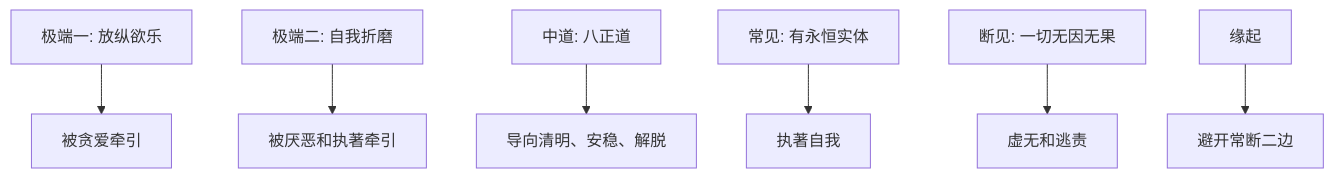
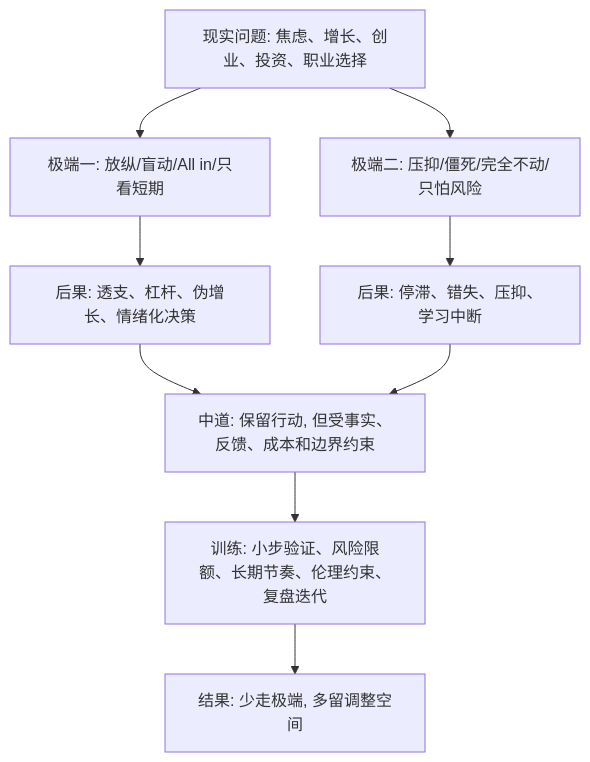
One commit to digoal/blog changed the diagram in 202605/20260518_69.md. Above: the diagram before and after it, drawn with Mermaid. The commit also changed other lines of this file and 15 other files, not shown here.

````diff
--- a/202605/20260518_69.md
+++ b/202605/20260518_69.md
@@ -22,9 +24,11 @@
 ```mermaid
 flowchart TD
-  A["极端一: 放纵欲乐"] --> D["被贪爱牵引"]
-  B["极端二: 自我折磨"] --> E["被厌恶和执著牵引"]
-  C["中道: 八正道"] --> F["导向清明、安稳、解脱"]
-  G["常见: 有永恒实体"] --> I["执著自我"]
-  H["断见: 一切无因无果"] --> J["虚无和逃责"]
-  K["缘起"] --> L["避开常断二边"]
+  A["现实问题: 焦虑、增长、创业、投资、职业选择"] --> B["极端一: 放纵/盲动/All in/只看短期"]
+  A --> C["极端二: 压抑/僵死/完全不动/只怕风险"]
+  B --> D["后果: 透支、杠杆、伪增长、情绪化决策"]
+  C --> E["后果: 停滞、错失、压抑、学习中断"]
+  D --> F["中道: 保留行动, 但受事实、反馈、成本和边界约束"]
+  E --> F
+  F --> G["训练: 小步验证、风险限额、长期节奏、伦理约束、复盘迭代"]
+  G --> H["结果: 少走极端, 多留调整空间"]
 ```
````
